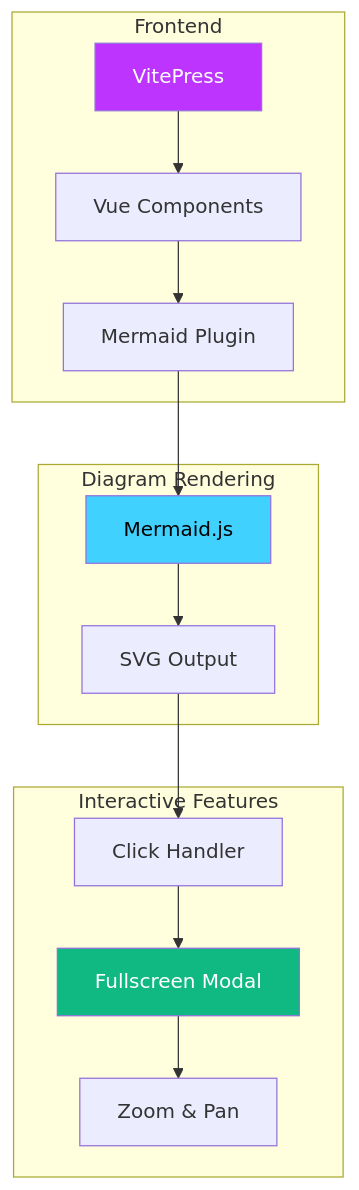
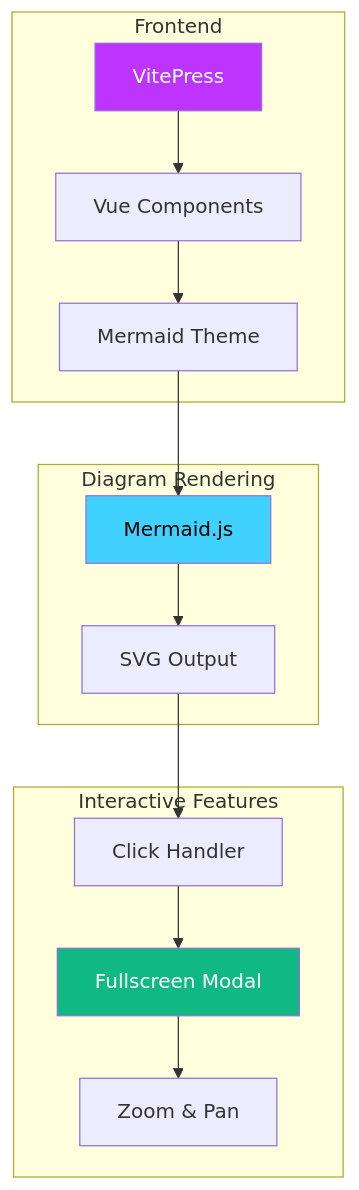
One commit to unify-js/vitepress-plugin-mermaid changed the fifth of 7 diagrams in docs/en/guide/usage.md. Above: the diagram before and after it, drawn with Mermaid. The commit also changed 18 other files, not shown here.

Commit message:
refactor(docs): update documentation to reflect the transition from plugin to custom theme

````diff
--- a/docs/en/guide/usage.md
+++ b/docs/en/guide/usage.md
@@ -131,22 +131,22 @@
 ```mermaid
 graph TB
     subgraph "Frontend"
         A[VitePress] --> B[Vue Components]
-        B --> C[Mermaid Plugin]
+        B --> C[Mermaid Theme]
     end
 
     subgraph "Diagram Rendering"
         C --> D[Mermaid.js]
         D --> E[SVG Output]
     end
 
     subgraph "Interactive Features"
         E --> F[Click Handler]
         F --> G[Fullscreen Modal]
         G --> H[Zoom & Pan]
     end
 
     style A fill:#bd34fe,color:#fff
     style D fill:#41d1ff,color:#000
     style G fill:#10b981,color:#fff
 ```
````
